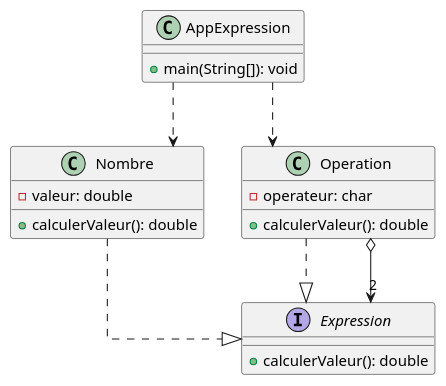
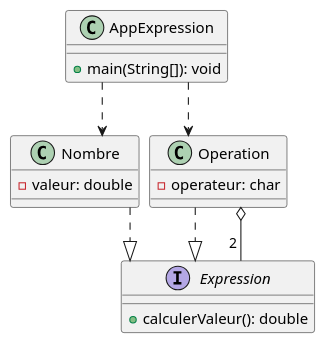
Before and after one commit to JumperBoost/A1-DevObjets-TP8: the diagram in ressources/exo1_diagramme.plantuml, drawn with PlantUML. The commit also changed 1 other file, not shown here.

Commit message:
Correction diagramme UML exercice 1 V2

```diff
--- a/ressources/exo1_diagramme.plantuml
+++ b/ressources/exo1_diagramme.plantuml
@@ -1,25 +1,25 @@
 @startuml
 top to bottom direction
 skinparam linetype ortho
+skinparam nodesep 10
+skinparam ranksep 50
 
 class AppExpression {
   + main(String[]): void
 }
 interface Expression {
   + calculerValeur(): double
 }
 class Nombre {
   - valeur: double
-  + calculerValeur(): double
 }
 class Operation {
   - operateur: char
-  + calculerValeur(): double
 }
 
 AppExpression   -.>  Nombre
 AppExpression   -.>  Operation
 Nombre          -.|>  Expression
 Operation       -.|>  Expression
-Operation       o--> "2" Expression
+Operation       o-- "2  " Expression
 @enduml
```
